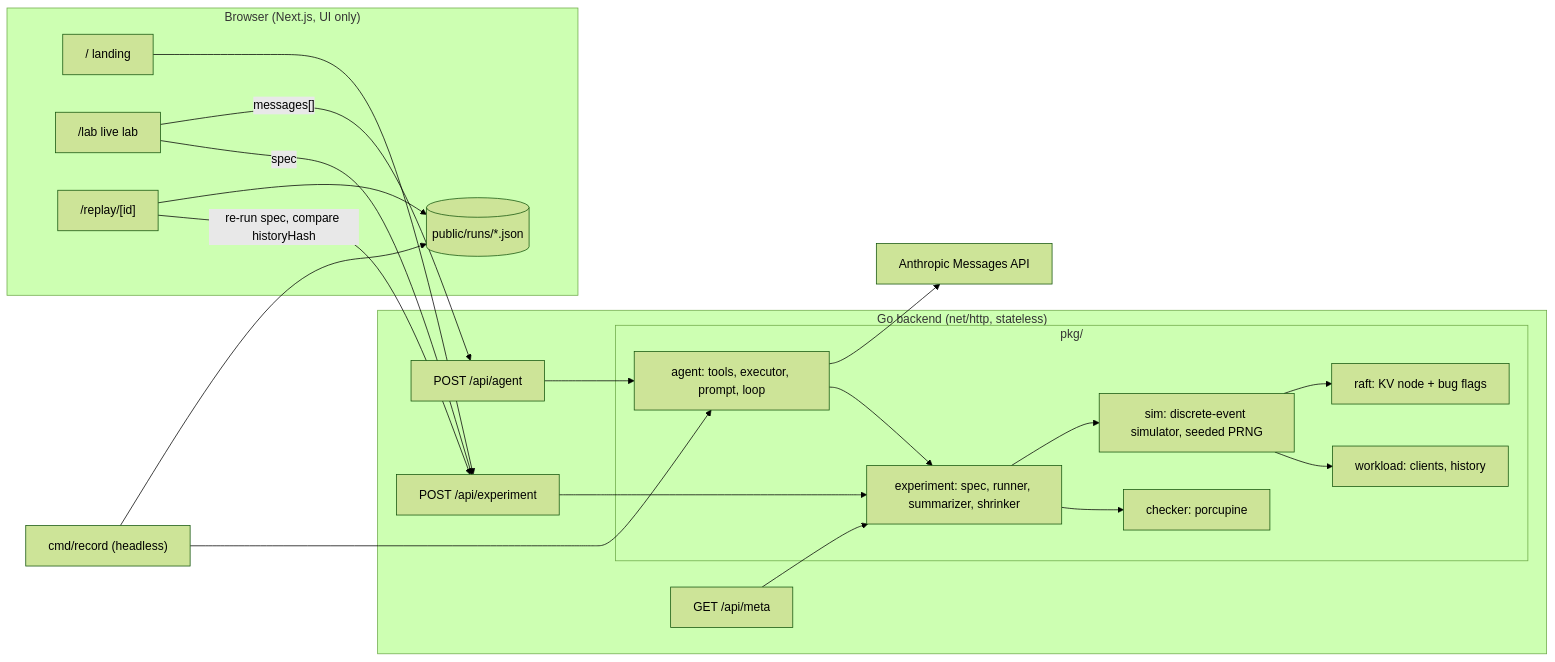
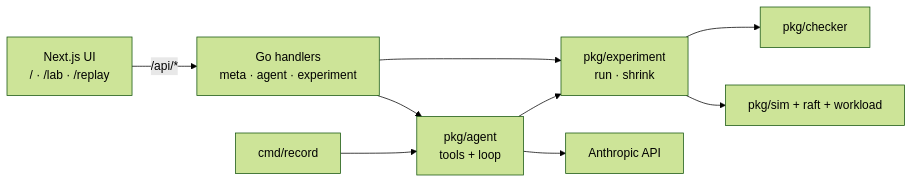
One commit to ayush00git/quorum changed the diagram in README.md. Above: the diagram before and after it, drawn with Mermaid (forest theme). The commit also changed other lines of this file and 2 other files, not shown here.

````diff
--- a/README.md
+++ b/README.md
@@ -15,43 +22,11 @@
 ```mermaid
 flowchart LR
-  subgraph Browser["Browser (Next.js, UI only)"]
-    Landing["/ landing"]
-    Lab["/lab live lab"]
-    Replay["/replay/[id]"]
-    Runs[("public/runs/*.json")]
-  end
-
-  subgraph Go["Go backend (net/http, stateless)"]
-    Meta["GET /api/meta"]
-    AgentH["POST /api/agent"]
-    ExpH["POST /api/experiment"]
-    subgraph pkg["pkg/"]
-      Agent["agent: tools, executor, prompt, loop"]
-      Exp["experiment: spec, runner, summarizer, shrinker"]
-      Sim["sim: discrete-event simulator, seeded PRNG"]
-      Raft["raft: KV node + bug flags"]
-      WL["workload: clients, history"]
-      Chk["checker: porcupine"]
-    end
-  end
-
-  Anthropic["Anthropic Messages API"]
-  Record["cmd/record (headless)"]
-
-  Lab -- "messages[]" --> AgentH
-  Lab -- "spec" --> ExpH
-  Landing --> ExpH
-  Replay --> Runs
-  Replay -- "re-run spec, compare historyHash" --> ExpH
-  AgentH --> Agent
-  Agent --> Anthropic
-  Agent --> Exp
-  ExpH --> Exp
-  Meta --> Exp
-  Exp --> Sim
-  Sim --> Raft
-  Sim --> WL
-  Exp --> Chk
-  Record --> Agent
-  Record --> Runs
+  UI["Next.js UI<br/>/ · /lab · /replay"] -- "/api/*" --> API["Go handlers<br/>meta · agent · experiment"]
+  API --> Agent["pkg/agent<br/>tools + loop"]
+  Agent --> Claude["Anthropic API"]
+  Agent --> Exp["pkg/experiment<br/>run · shrink"]
+  API --> Exp
+  Exp --> Sim["pkg/sim + raft + workload"]
+  Exp --> Chk["pkg/checker"]
+  Record["cmd/record"] --> Agent
 ```
````
